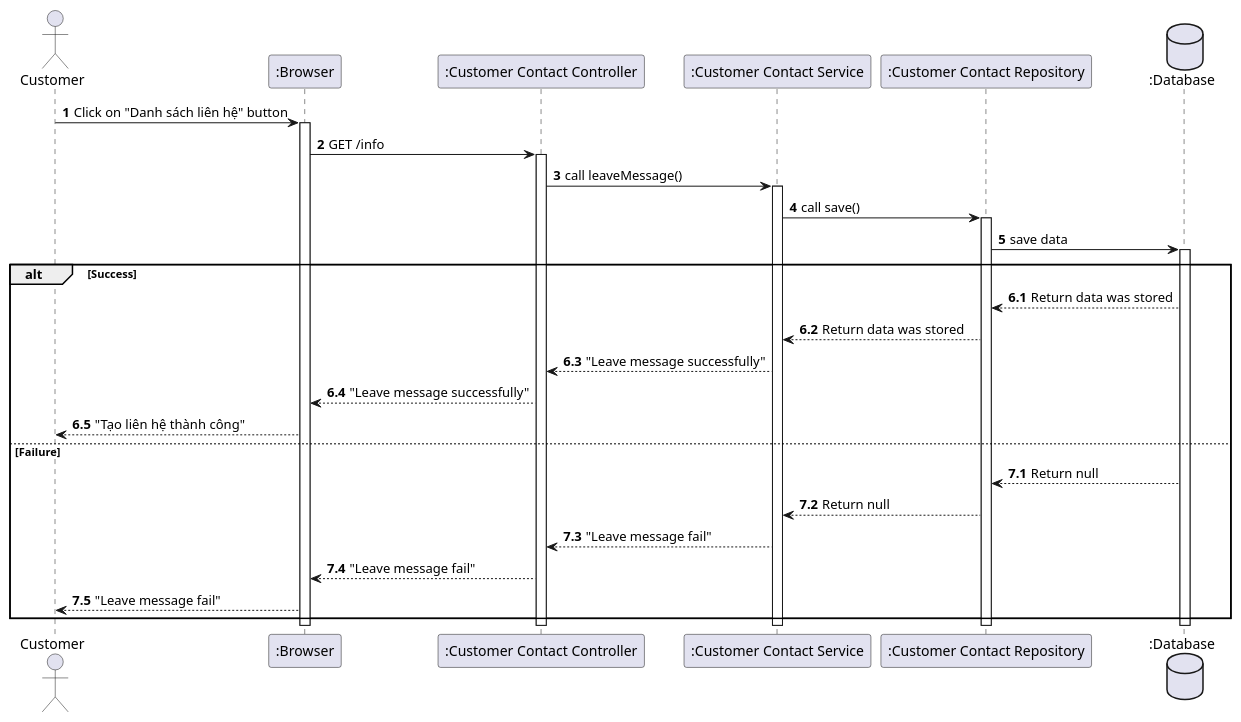
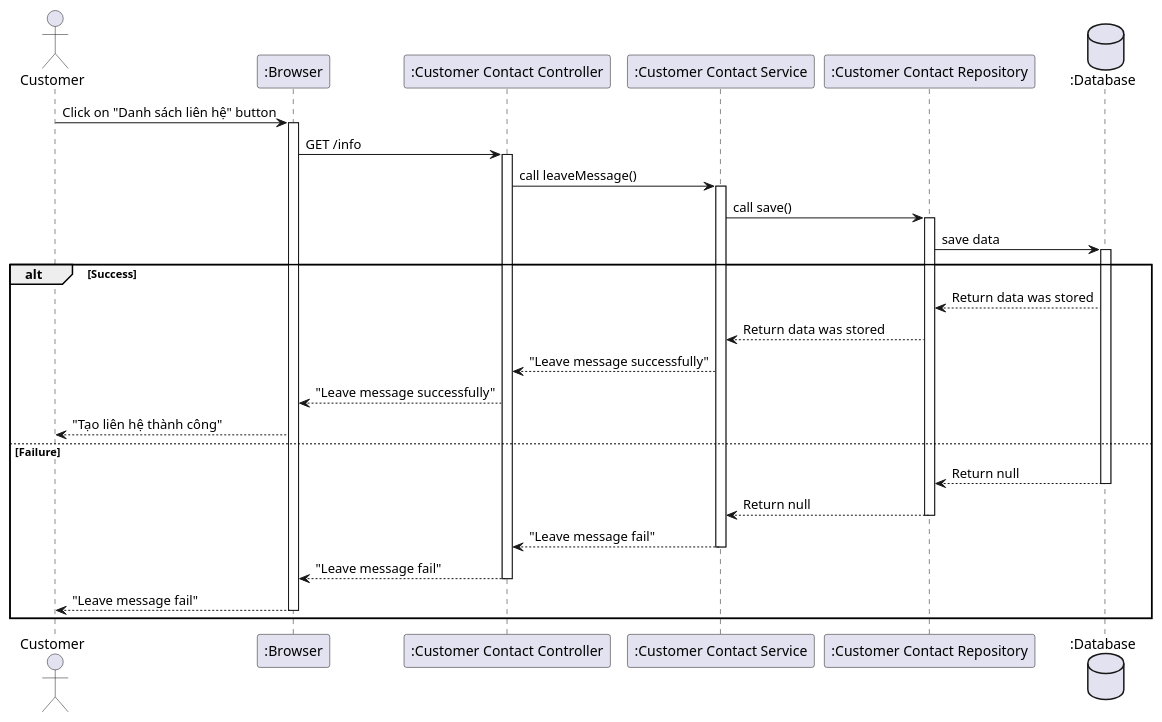
The diagram in docs/customer/sequence/leaveContactCreate.plantuml (ngthanhtuung/ema-server), drawn with PlantUML before and after one commit. The commit also changed 11 other files, not shown here.

```diff
--- a/docs/customer/sequence/leaveContactCreate.plantuml
+++ b/docs/customer/sequence/leaveContactCreate.plantuml
@@ -1,43 +1,31 @@
 @startuml
 
 actor Customer as A
 participant ":Browser" as B
 participant ":Customer Contact Controller" as C
 participant ":Customer Contact Service" as D
 participant ":Customer Contact Repository" as E
 database ":Database" as F
 
-autonumber 1
-A -> B: Click on "Danh sách liên hệ" button
-activate B
-B -> C: GET /info
-activate C
-C -> D: call leaveMessage()
-activate D
-D -> E: call save()
-activate E
-E -> F: save data
-activate F
+A -> B++: Click on "Danh sách liên hệ" button
+B -> C++: GET /info
+C -> D++: call leaveMessage()
+D -> E++: call save()
+E -> F++: save data
+
 
 alt Success
-autonumber 6.1
     F --> E: Return data was stored
     E --> D: Return data was stored
     D --> C: "Leave message successfully"
     C --> B: "Leave message successfully"
     B --> A: "Tạo liên hệ thành công"
-autonumber 7.1
 else Failure
-    F --> E: Return null
-    E --> D: Return null
-    D --> C: "Leave message fail"
-    C --> B: "Leave message fail"
-    B --> A: "Leave message fail"
+    F --> E--: Return null
+    E --> D--: Return null
+    D --> C--: "Leave message fail"
+    C --> B--: "Leave message fail"
+    B --> A--: "Leave message fail"
 end
-deactivate F
-deactivate E
-deactivate D
-deactivate C
-deactivate B
 
 @enduml
```
